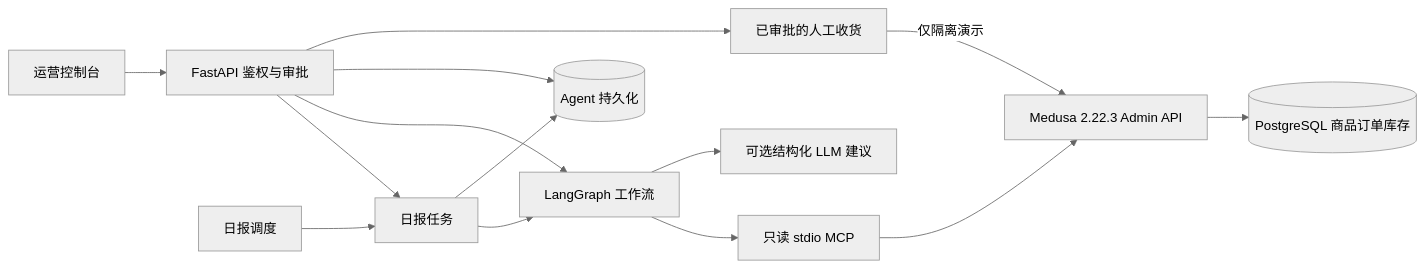
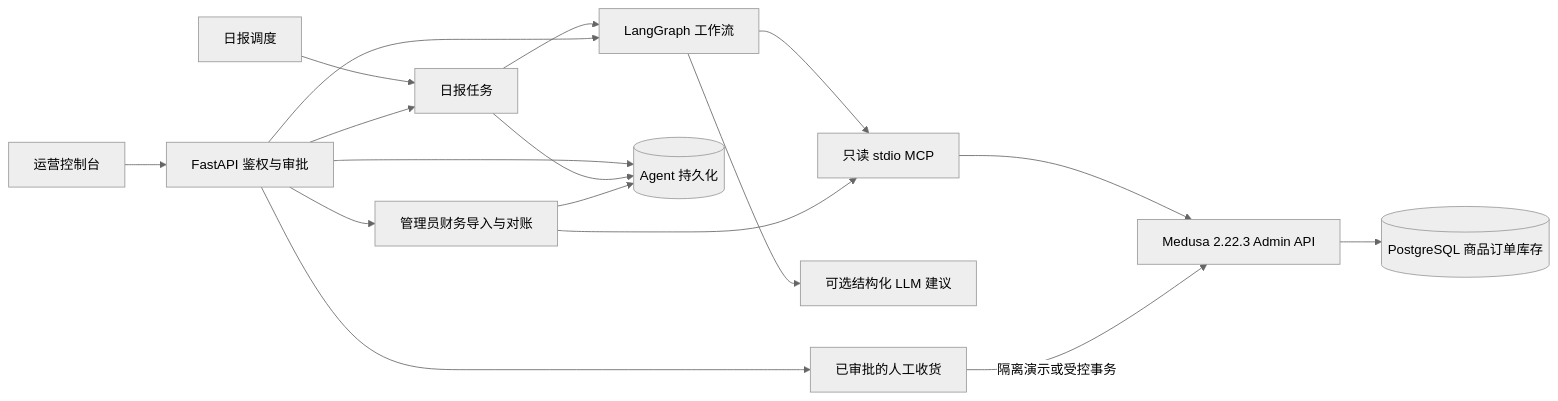
Before and after one commit to ZhaoYubao005/-Agent: the diagram in docs/architecture.md, drawn with Mermaid (neutral theme). The commit also changed other lines of this file and 25 other files, not shown here.

````diff
--- a/docs/architecture.md
+++ b/docs/architecture.md
@@ -3,16 +3,19 @@
 ```mermaid
 flowchart LR
   Browser[运营控制台] --> API[FastAPI 鉴权与审批]
   Scheduler[日报调度] --> Report[日报任务]
   API --> Report
   Report --> Graph[LangGraph 工作流]
   API --> Graph
   Graph --> MCP[只读 stdio MCP]
   MCP --> Medusa[Medusa 2.22.3 Admin API]
   Medusa --> Commerce[(PostgreSQL 商品订单库存)]
   Graph --> Model[可选结构化 LLM 建议]
   API --> Ops[(Agent 持久化)]
   Report --> Ops
   API --> Receipt[已审批的人工收货]
-  Receipt -->|仅隔离演示| Medusa
+  Receipt -->|隔离演示或受控事务| Medusa
+  API --> Finance[管理员财务导入与对账]
+  Finance --> Ops
+  Finance --> MCP
 ```
````
